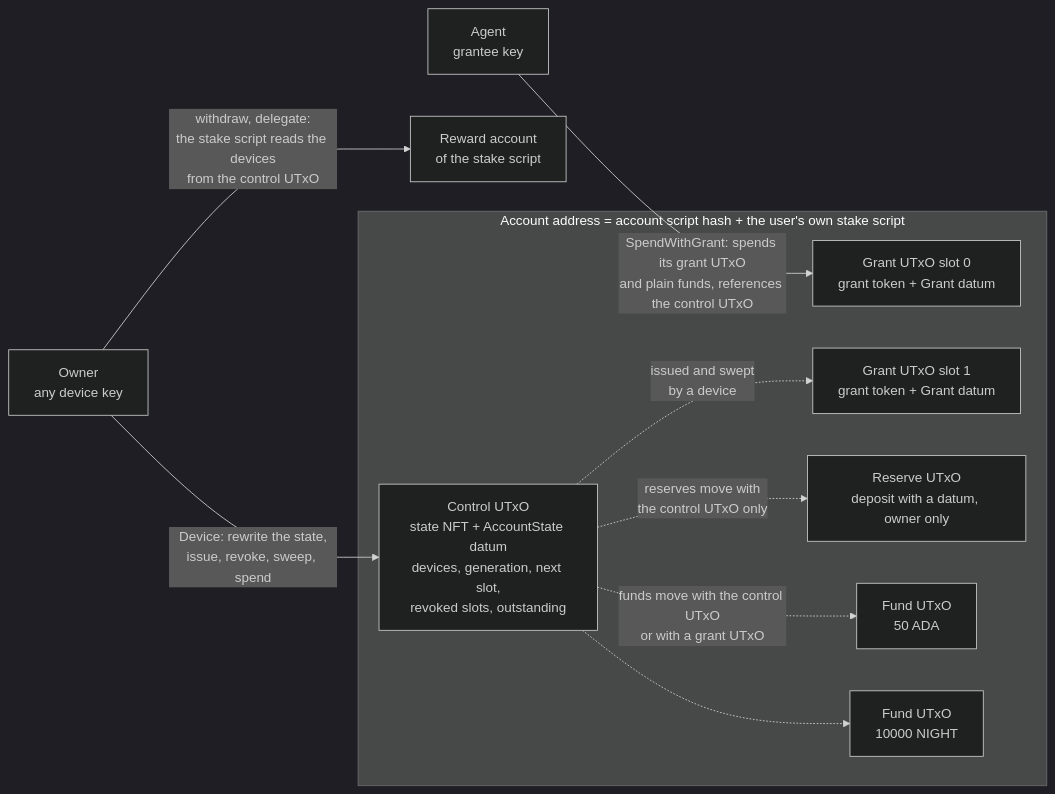
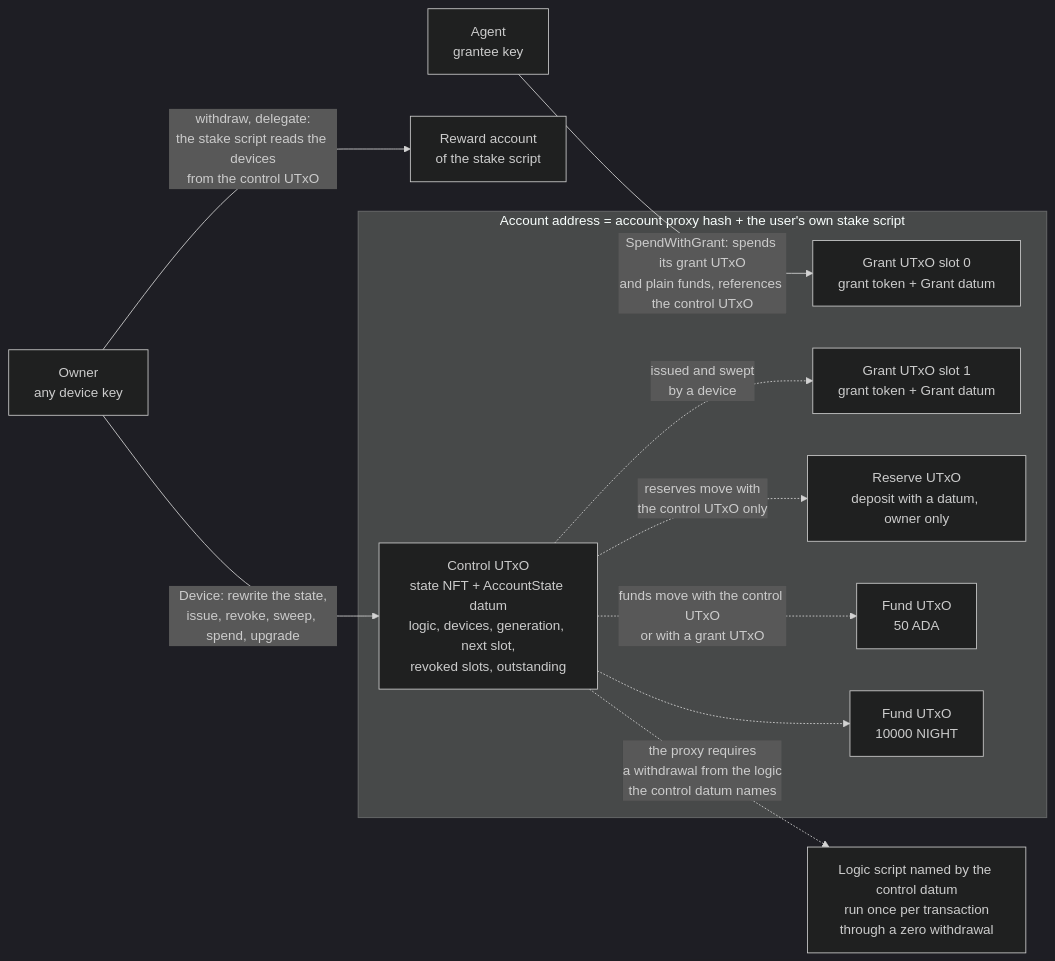
One commit to Biglup/cardano-account-custody-contract changed the first of 7 diagrams in README.md. Above: the diagram before and after it, drawn with Mermaid (dark theme). The commit also changed other lines of this file and 1 other file, not shown here.

First line of the commit message:
docs: describe the proxy and logic model and the upgrade path

````diff
--- a/README.md
+++ b/README.md
@@ -40,19 +44,21 @@
 ```mermaid
 flowchart LR
-    subgraph addr["Account address = account script hash + the user's own stake script"]
-        control["Control UTxO<br/>state NFT + AccountState datum<br/>devices, generation, next slot,<br/>revoked slots, outstanding"]
+    subgraph addr["Account address = account proxy hash + the user's own stake script"]
+        control["Control UTxO<br/>state NFT + AccountState datum<br/>logic, devices, generation, next slot,<br/>revoked slots, outstanding"]
         g1["Grant UTxO slot 0<br/>grant token + Grant datum"]
         g2["Grant UTxO slot 1<br/>grant token + Grant datum"]
         r1["Reserve UTxO<br/>deposit with a datum, owner only"]
         f1["Fund UTxO<br/>50 ADA"]
         f2["Fund UTxO<br/>10000 NIGHT"]
     end
+    logic["Logic script named by the control datum<br/>run once per transaction<br/>through a zero withdrawal"]
     rewards["Reward account<br/>of the stake script"]
-    owner["Owner<br/>any device key"] -- "Device: rewrite the state,<br/>issue, revoke, sweep, spend" --> control
+    owner["Owner<br/>any device key"] -- "Device: rewrite the state,<br/>issue, revoke, sweep, spend, upgrade" --> control
     agent["Agent<br/>grantee key"] -- "SpendWithGrant: spends its grant UTxO<br/>and plain funds, references the control UTxO" --> g1
     owner -- "withdraw, delegate:<br/>the stake script reads the devices<br/>from the control UTxO" --> rewards
+    control -. "the proxy requires<br/>a withdrawal from the logic<br/>the control datum names" .-> logic
     control -. "funds move with the control UTxO<br/>or with a grant UTxO" .-> f1
     control -.-> f2
     control -. "reserves move with<br/>the control UTxO only" .-> r1
     control -. "issued and swept<br/>by a device" .-> g2
 ```
````
